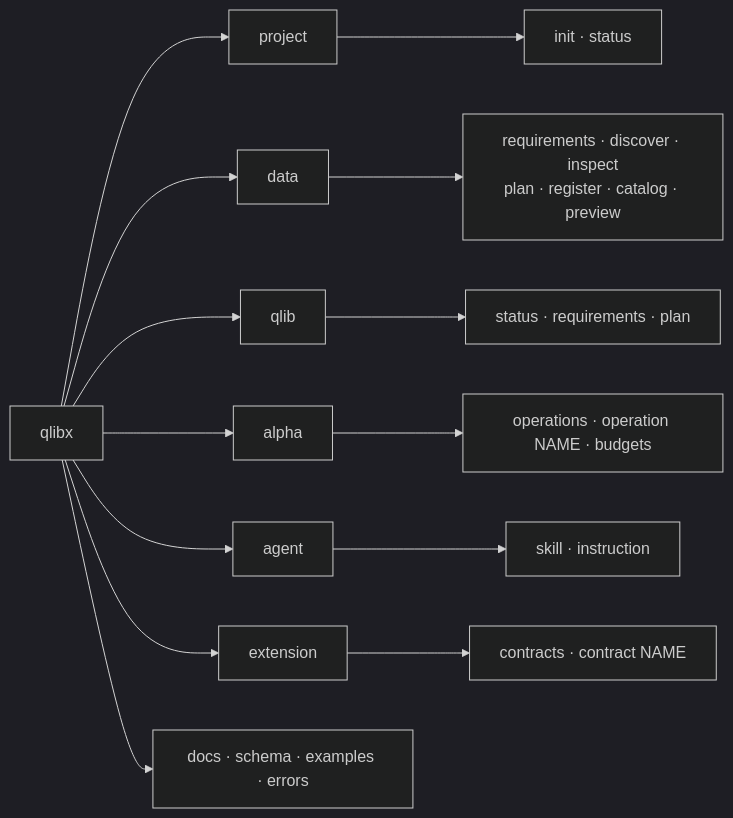
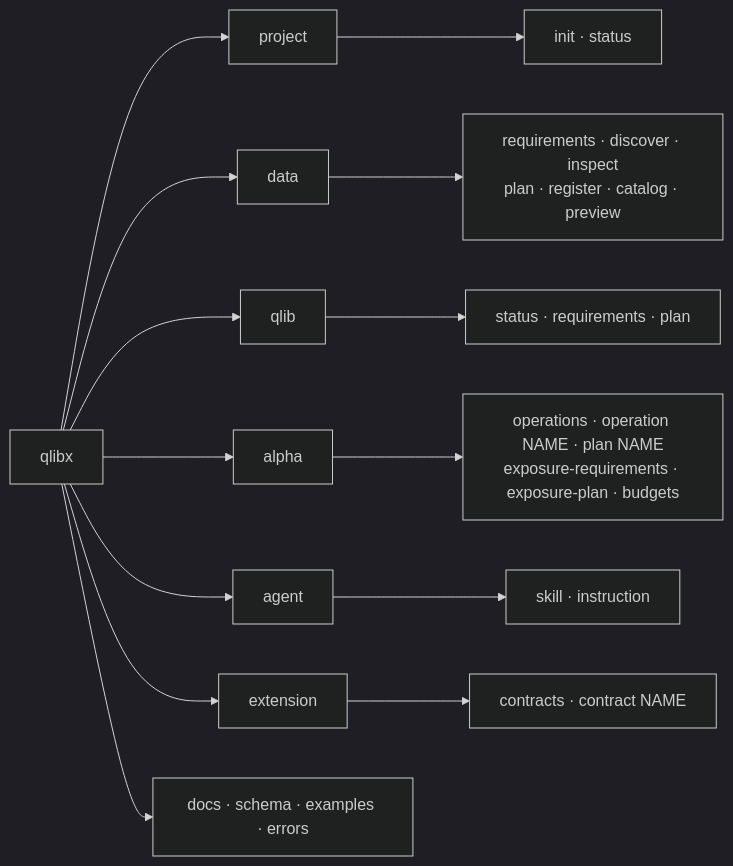
One commit to jaepil-choi/qlibx changed the third of 13 diagrams in docs/qlibx-architecture.md. Above: the diagram before and after it, drawn with Mermaid (dark theme). The commit also changed other lines of this file and 23 other files, not shown here.

````diff
--- a/docs/qlibx-architecture.md
+++ b/docs/qlibx-architecture.md
@@ -242,10 +253,10 @@
 ```mermaid
 flowchart LR
     Q["qlibx"] --> P["project"] --> P1["init · status"]
     Q --> D["data"] --> D1["requirements · discover · inspect<br/>plan · register · catalog · preview"]
     Q --> QL["qlib"] --> QL1["status · requirements · plan"]
-    Q --> AL["alpha"] --> AL1["operations · operation NAME · budgets"]
+    Q --> AL["alpha"] --> AL1["operations · operation NAME · plan NAME<br/>exposure-requirements · exposure-plan · budgets"]
     Q --> AG["agent"] --> AG1["skill · instruction"]
     Q --> EX["extension"] --> EX1["contracts · contract NAME"]
     Q --> DOC["docs · schema · examples · errors"]
 ```
````
